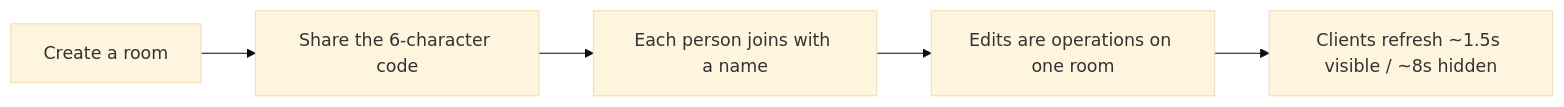
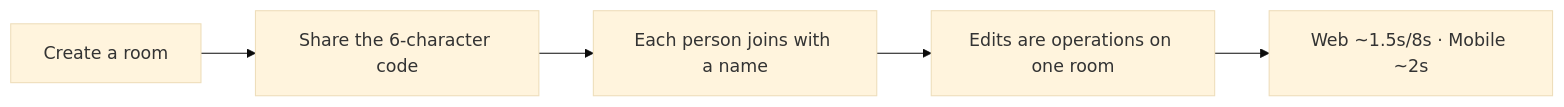
Before and after one commit to RifqiMT/pm-collaboration: the diagram in README.md, drawn with Mermaid (base theme). The commit also changed other lines of this file and 26 other files, not shown here.

````diff
--- a/README.md
+++ b/README.md
@@ -106,7 +106,7 @@
 ```mermaid
 flowchart LR
   create[Create a room] --> code[Share the 6-character code]
   code --> join[Each person joins with a name]
   join --> edit[Edits are operations on one room]
-  edit --> poll[Clients refresh ~1.5s visible / ~8s hidden]
+  edit --> poll[Web ~1.5s/8s · Mobile ~2s]
 ```
````
